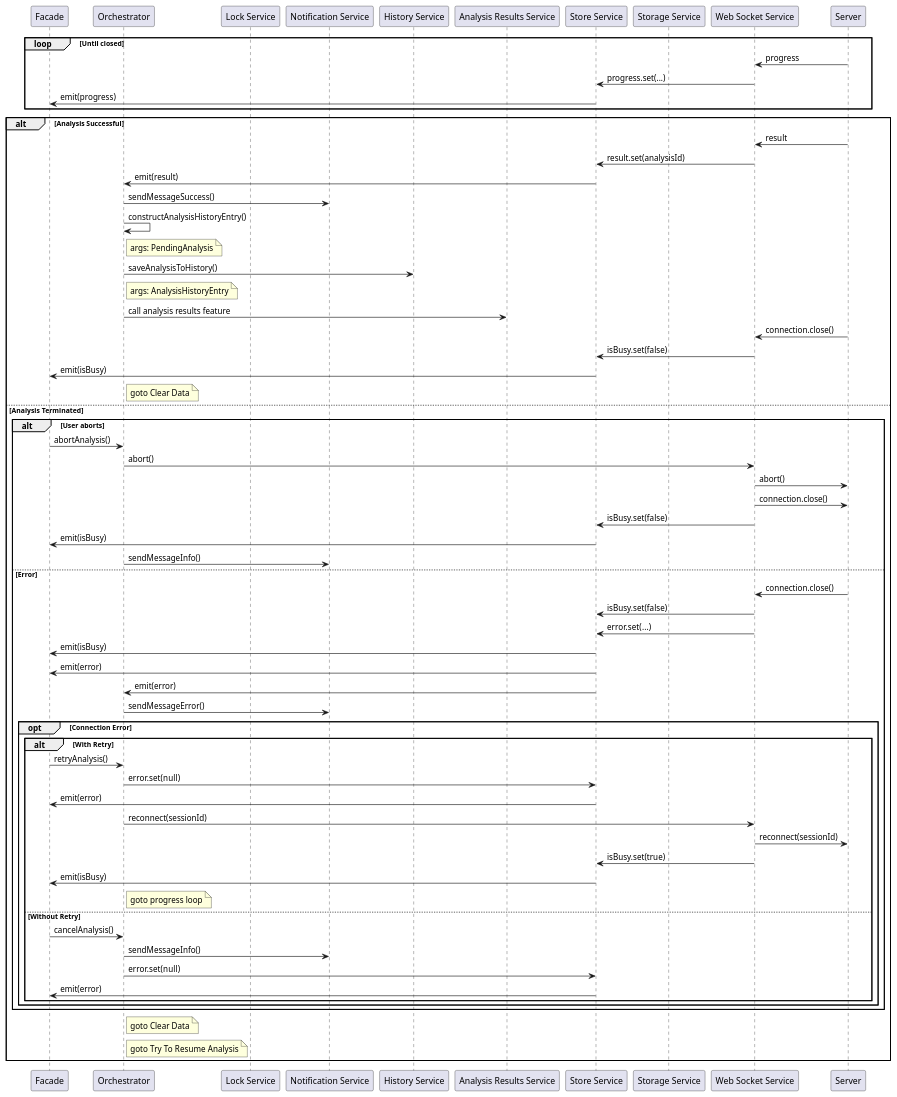
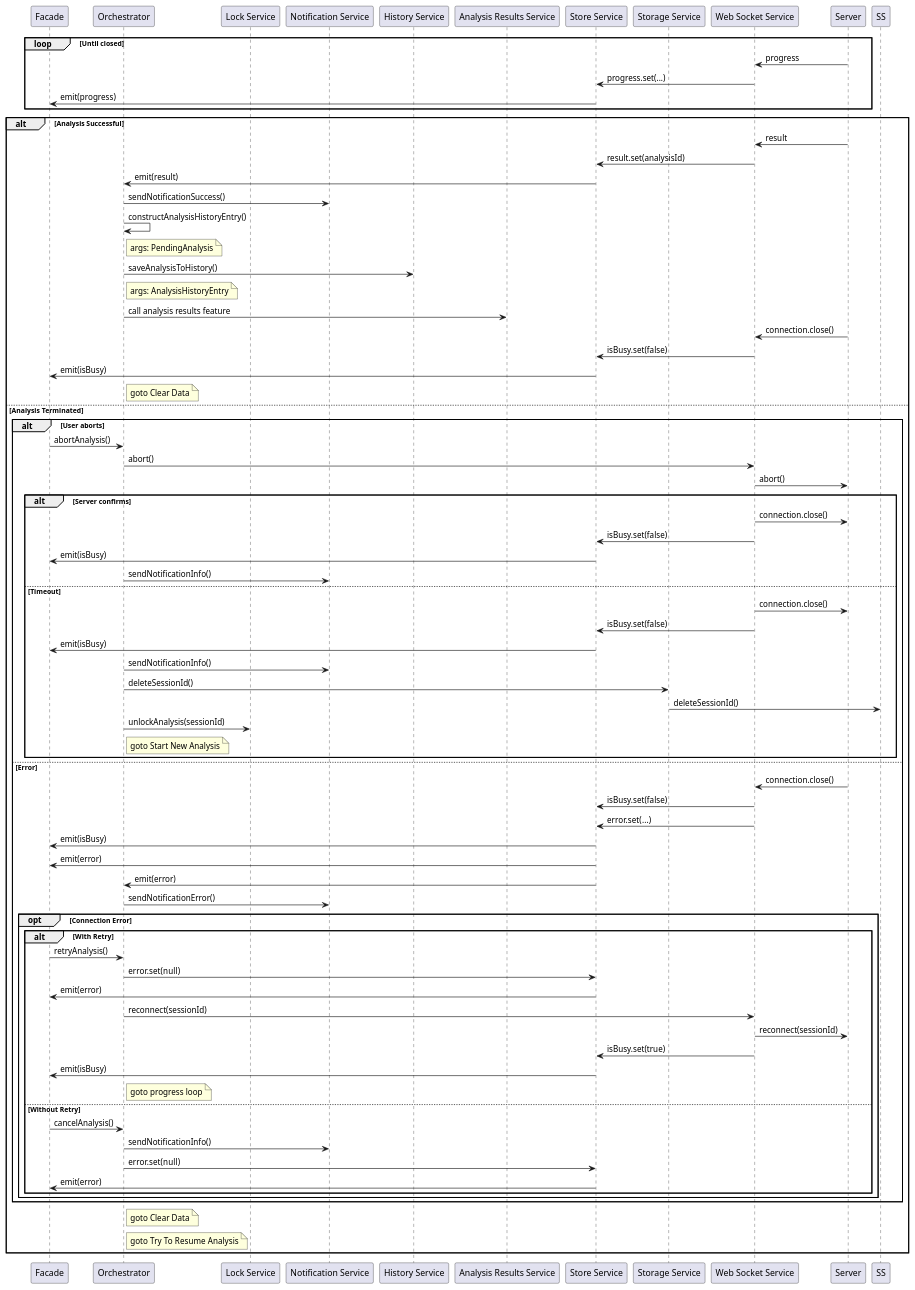
One commit to marg4ryn/Strata changed the diagram in docs/analysis-run/diagrams/continue-analysis.sequence.puml. Above: the diagram before and after it, drawn with PlantUML. The commit also changed 2 other files, not shown here.

Commit message:
docs: update abort handling logic and notifications service function names in diagrams

```diff
--- a/docs/analysis-run/diagrams/continue-analysis.sequence.puml
+++ b/docs/analysis-run/diagrams/continue-analysis.sequence.puml
@@ -1,80 +1,93 @@
 @startuml Continue Analysis
 
 participant "Facade" as F
 participant "Orchestrator" as O
 participant "Lock Service" as L
 participant "Notification Service" as N
 participant "History Service" as H
 participant "Analysis Results Service" as ARS
 participant "Store Service" as ST
 participant "Storage Service" as STG
 participant "Web Socket Service" as WS
 participant "Server" as SRV
 
 loop Until closed
     SRV -> WS: progress
     WS -> ST: progress.set(...)
     ST -> F: emit(progress)
 end
 
 alt Analysis Successful
     SRV -> WS: result
     WS -> ST: result.set(analysisId)
     ST -> O: emit(result)
-    O -> N: sendMessageSuccess()
+    O -> N: sendNotificationSuccess()
     O -> O: constructAnalysisHistoryEntry()
     note right of O: args: PendingAnalysis
     O -> H: saveAnalysisToHistory()
     note right of O: args: AnalysisHistoryEntry
     O -> ARS: call analysis results feature
     SRV -> WS: connection.close()
     WS -> ST: isBusy.set(false)
     ST -> F: emit(isBusy)
     note right of O: goto Clear Data
 
 else Analysis Terminated
 
     alt User aborts
         F -> O: abortAnalysis()
         O -> WS: abort()    
         WS -> SRV: abort()
-        WS -> SRV: connection.close()
-        WS -> ST: isBusy.set(false)
-        ST -> F: emit(isBusy)
-        O -> N: sendMessageInfo()
+
+        alt Server confirms
+            WS -> SRV: connection.close()
+            WS -> ST: isBusy.set(false)
+            ST -> F: emit(isBusy)
+            O -> N: sendNotificationInfo()
+            
+        else Timeout
+            WS -> SRV: connection.close()
+            WS -> ST: isBusy.set(false)
+            ST -> F: emit(isBusy)
+            O -> N: sendNotificationInfo()
+            O -> STG: deleteSessionId()
+            STG -> SS: deleteSessionId()
+            O -> L: unlockAnalysis(sessionId)
+            note right of O: goto Start New Analysis
+        end
 
     else Error
         SRV -> WS: connection.close()
         WS -> ST: isBusy.set(false)
         WS -> ST: error.set(...)
         ST -> F: emit(isBusy)
         ST -> F: emit(error)
         ST -> O: emit(error)
-        O -> N: sendMessageError()
+        O -> N: sendNotificationError()
 
         opt Connection Error
             alt With Retry
                 F -> O: retryAnalysis()
                 O -> ST: error.set(null)
                 ST -> F: emit(error)
                 O -> WS: reconnect(sessionId)
                 WS -> SRV: reconnect(sessionId)
                 WS -> ST: isBusy.set(true)
                 ST -> F: emit(isBusy)
                 note right of O: goto progress loop
 
             else Without Retry
                 F -> O: cancelAnalysis()
-                O -> N: sendMessageInfo()
+                O -> N: sendNotificationInfo()
                 O -> ST: error.set(null)
                 ST -> F: emit(error)
             end
         end
     end
 
     note right of O: goto Clear Data
     note right of O: goto Try To Resume Analysis
     
 end
 
 @enduml
```
